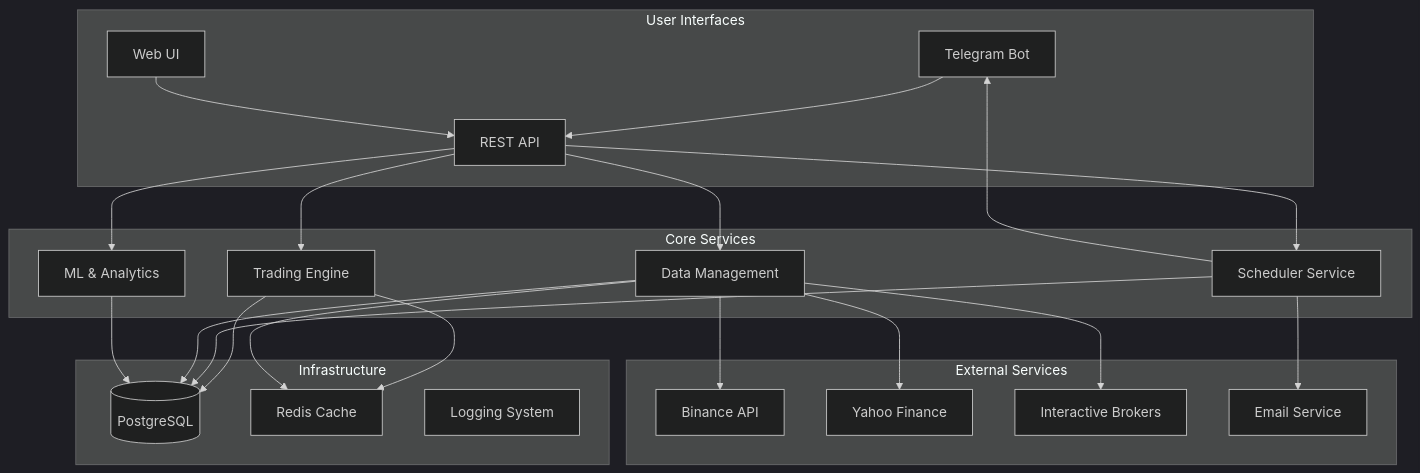
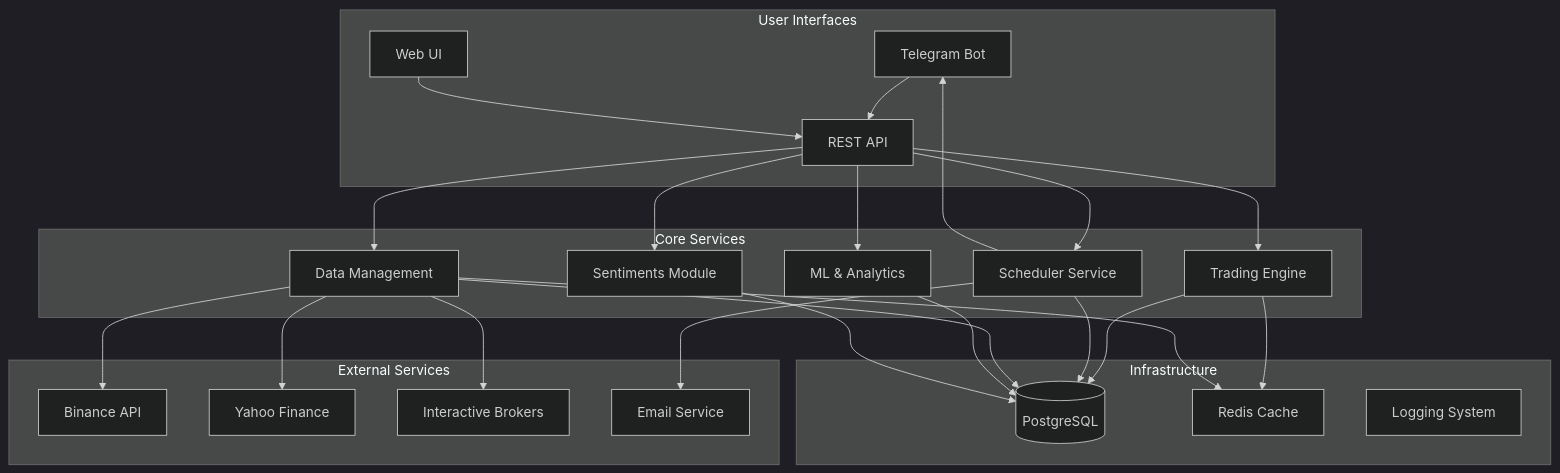
One commit to iwozere/e-trading changed the first of 2 diagrams in docs/HLA/README.md. Above: the diagram before and after it, drawn with Mermaid (dark theme). The commit also changed other lines of this file and 4 other files, not shown here.

````diff
--- a/docs/HLA/README.md
+++ b/docs/HLA/README.md
@@ -57,50 +57,53 @@
 ```mermaid
 graph TB
     subgraph "User Interfaces"
         TG[Telegram Bot]
         WEB[Web UI]
         API[REST API]
     end
     
     subgraph "Core Services"
         TRADE[Trading Engine]
         SCHED[Scheduler Service]
         DATA[Data Management]
         ML[ML & Analytics]
+        SENT[Sentiments Module]
     end
     
     subgraph "Infrastructure"
         DB[(PostgreSQL)]
         CACHE[Redis Cache]
         LOGS[Logging System]
     end
     
     subgraph "External Services"
         BINANCE[Binance API]
         YAHOO[Yahoo Finance]
         IBKR[Interactive Brokers]
         EMAIL[Email Service]
     end
     
     TG --> API
     WEB --> API
     API --> TRADE
     API --> SCHED
     API --> DATA
     API --> ML
+    API --> SENT
     
     TRADE --> DB
     SCHED --> DB
     DATA --> DB
     ML --> DB
+    SENT --> DB
     
     DATA --> BINANCE
     DATA --> YAHOO
     DATA --> IBKR
     
     SCHED --> EMAIL
     SCHED --> TG
     
     TRADE --> CACHE
     DATA --> CACHE
 ```
````
